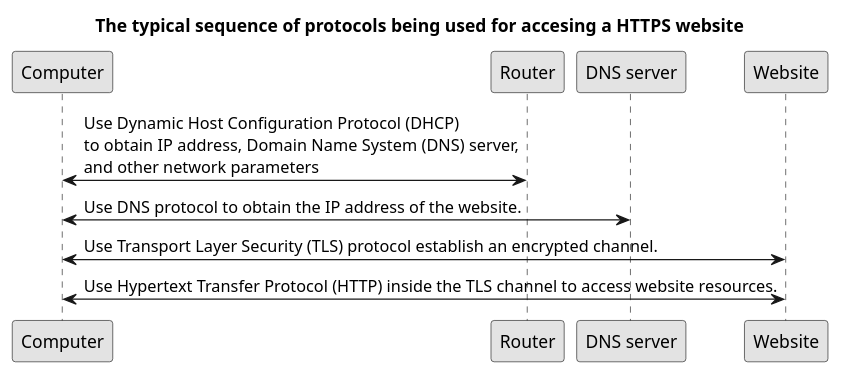
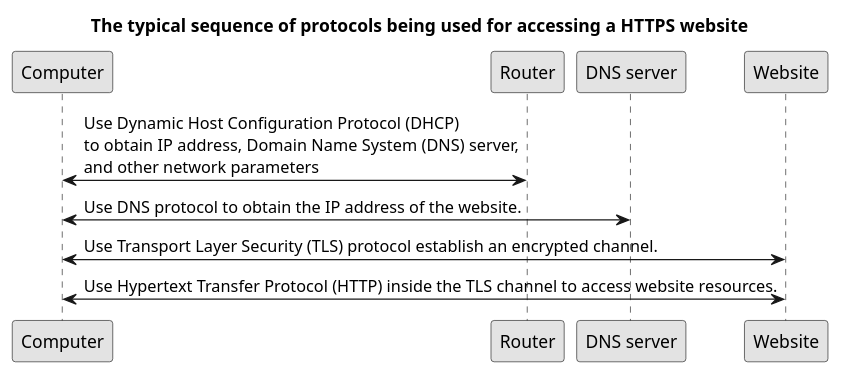
Before and after one commit to YongBinnnnnnnnnnnnnnnnnnnnnnnnnnnnnnnnn/hood: the diagram in paper/graphics/puml/typical-sequence-of-https.puml, drawn with PlantUML.

```diff
--- a/paper/graphics/puml/typical-sequence-of-https.puml
+++ b/paper/graphics/puml/typical-sequence-of-https.puml
@@ -1,18 +1,18 @@
 @startuml
 skinparam monochrome true
 skinparam shadowing false
 skinparam defaultFontName Arial
 skinparam componentStyle rectangle
 
-title The typical sequence of protocols being used for accesing a HTTPS website
+title The typical sequence of protocols being used for accessing a HTTPS website
 participant "Computer"
 participant "Router"
 participant "DNS server" as DNS
 participant "Website"
 
 Computer <-> Router: Use Dynamic Host Configuration Protocol (DHCP)\nto obtain IP address, Domain Name System (DNS) server,\nand other network parameters
 Computer <-> DNS: Use DNS protocol to obtain the IP address of the website.
 Computer <-> Website: Use Transport Layer Security (TLS) protocol establish an encrypted channel.
 Computer <-> Website: Use Hypertext Transfer Protocol (HTTP) inside the TLS channel to access website resources.
 
 @enduml
```
